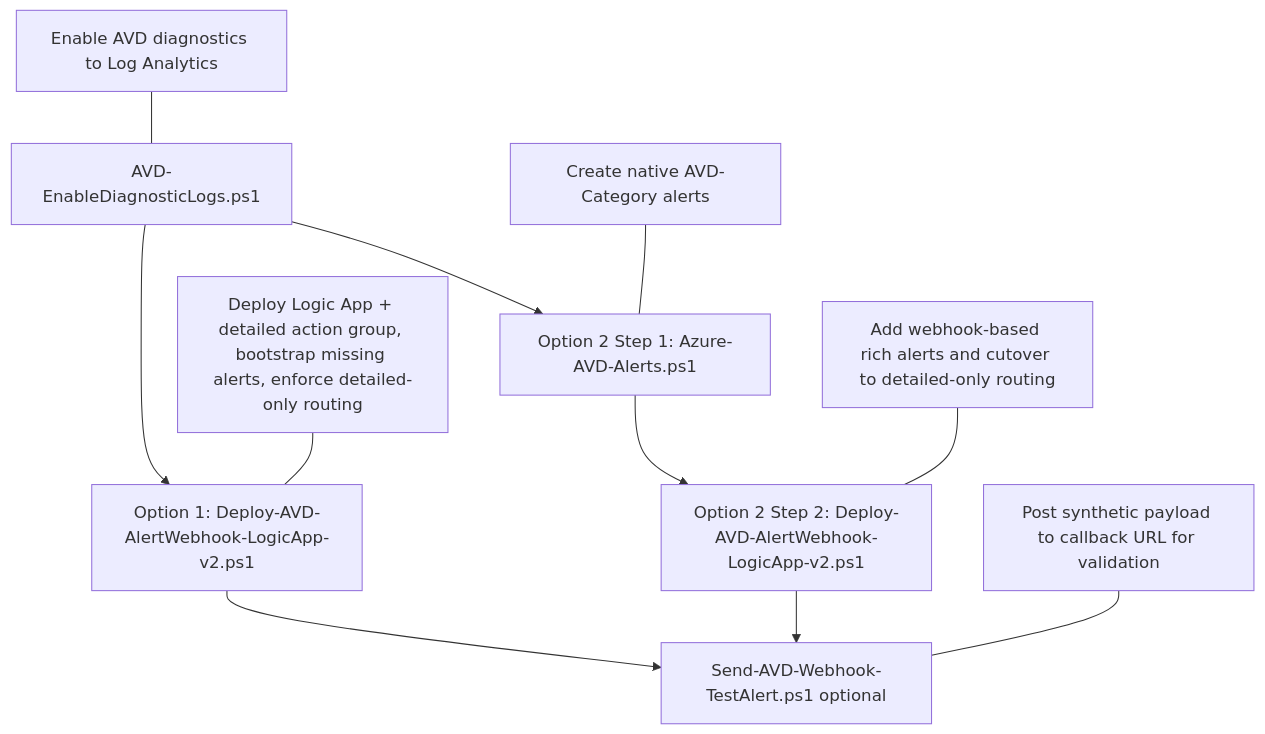
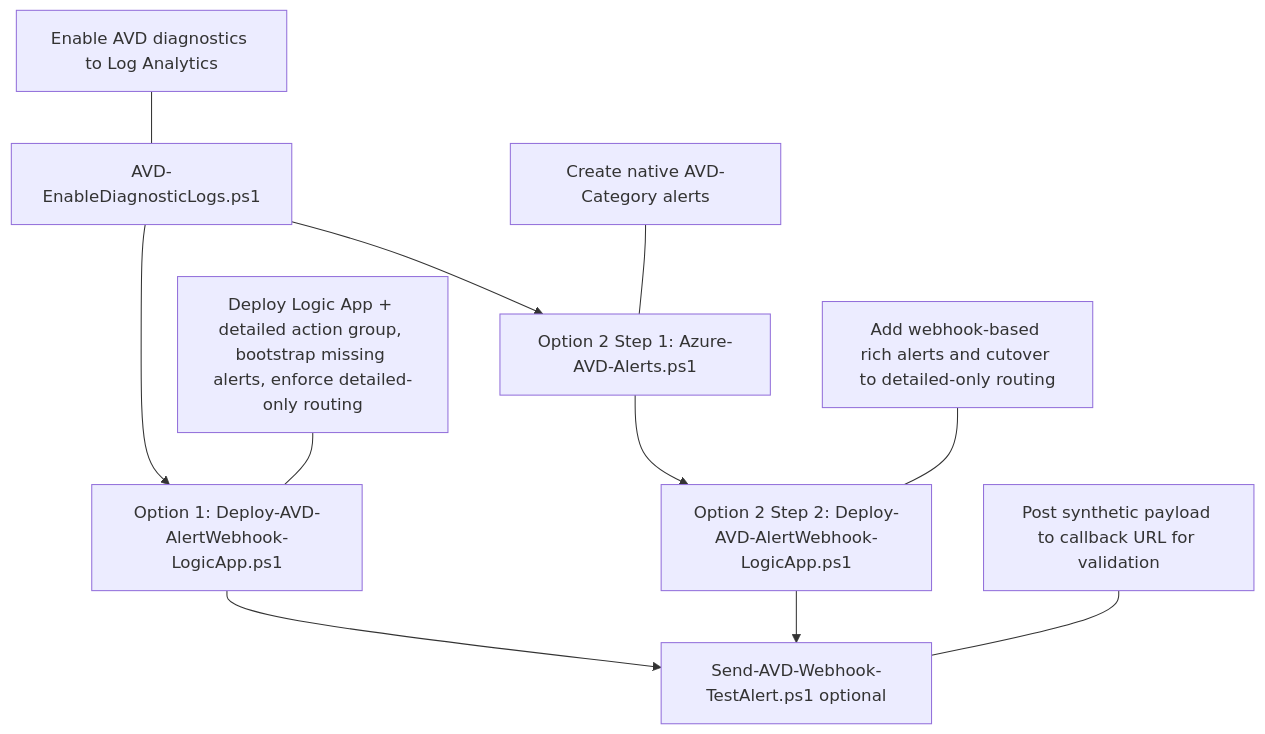
The first of 2 diagrams in README.md (AzaryaShaulov/AVD), drawn with Mermaid before and after one commit. The commit also changed other lines of this file and 5 other files, not shown here.

First line of the commit message:
Refactor AVD alert scripts and documentation

````diff
--- a/README.md
+++ b/README.md
@@ -22,15 +22,15 @@
 ```mermaid
 flowchart TD
-  A[AVD-EnableDiagnosticLogs.ps1] --> O1[Option 1: Deploy-AVD-AlertWebhook-LogicApp-v2.ps1]
+  A[AVD-EnableDiagnosticLogs.ps1] --> O1[Option 1: Deploy-AVD-AlertWebhook-LogicApp.ps1]
   A --> O2A[Option 2 Step 1: Azure-AVD-Alerts.ps1]
-  O2A --> O2B[Option 2 Step 2: Deploy-AVD-AlertWebhook-LogicApp-v2.ps1]
+  O2A --> O2B[Option 2 Step 2: Deploy-AVD-AlertWebhook-LogicApp.ps1]
 
   O1 --> D[Send-AVD-Webhook-TestAlert.ps1 optional]
   O2B --> D
 
   A1[Enable AVD diagnostics to Log Analytics] --- A
   O1A[Deploy Logic App + detailed action group, bootstrap missing alerts, enforce detailed-only routing] --- O1
   O2A1[Create native AVD-Category alerts] --- O2A
   O2B1[Add webhook-based rich alerts and cutover to detailed-only routing] --- O2B
   D1[Post synthetic payload to callback URL for validation] --- D
 ```
````
